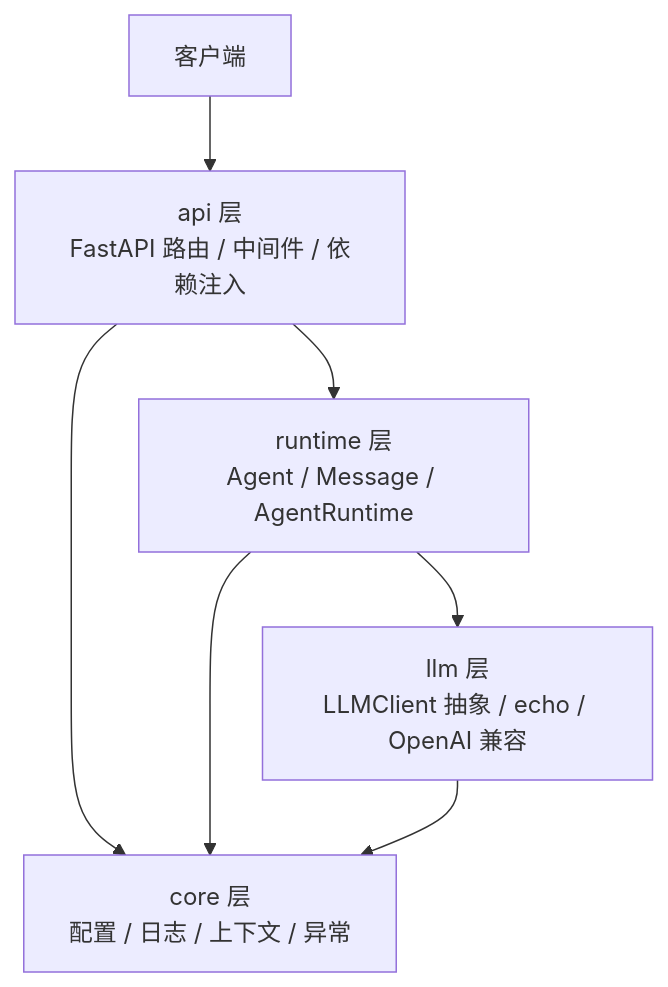
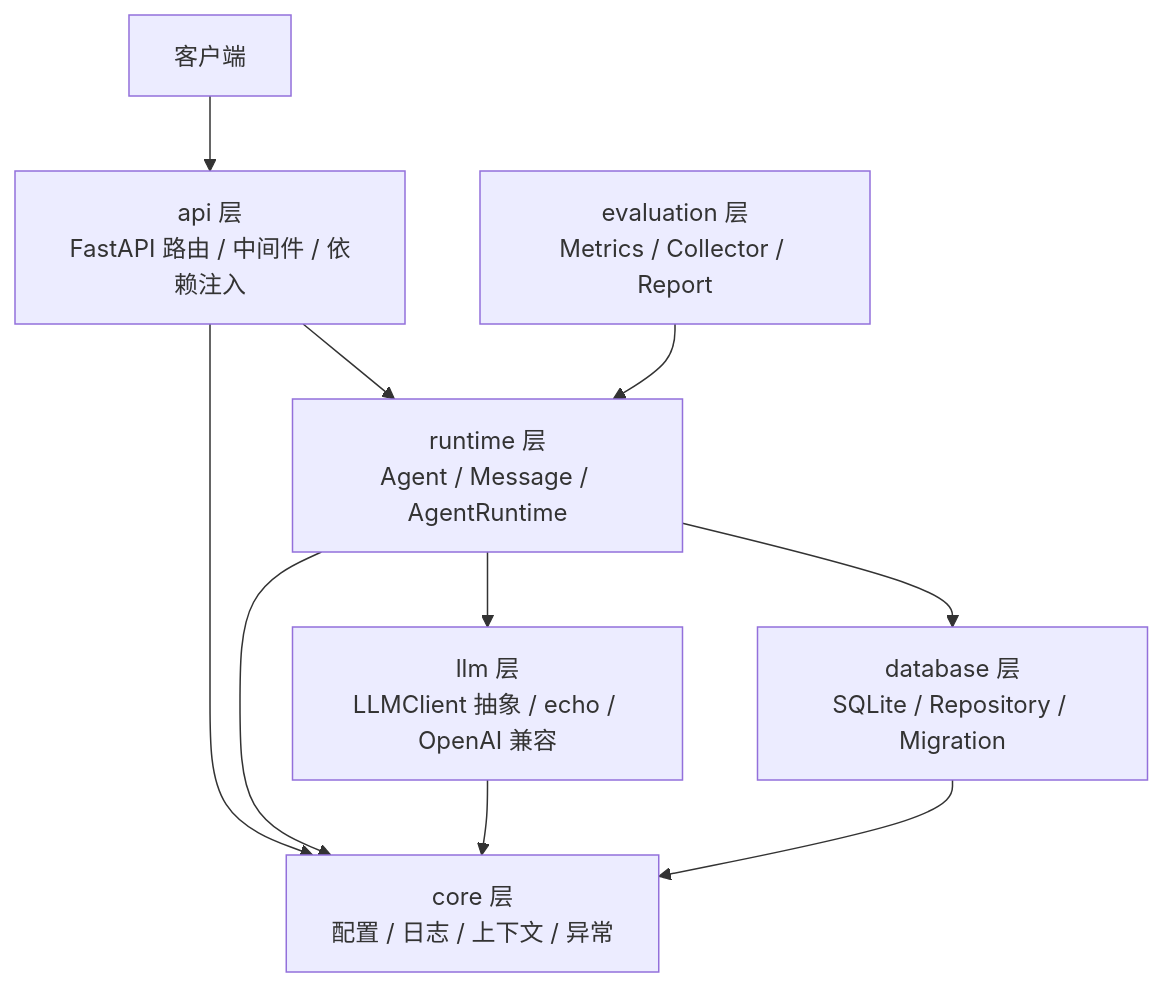
One commit to Tanglies/AgentOS changed the diagram in README.md. Above: the diagram before and after it, drawn with Mermaid. The commit also changed other lines of this file and 28 other files, not shown here.

Commit message:
refactor: align database and evaluation packages

````diff
--- a/README.md
+++ b/README.md
@@ -33,9 +33,12 @@
 ```mermaid
 graph TD
     Client[客户端] --> API[api 层<br/>FastAPI 路由 / 中间件 / 依赖注入]
     API --> Runtime[runtime 层<br/>Agent / Message / AgentRuntime]
     Runtime --> LLM[llm 层<br/>LLMClient 抽象 / echo / OpenAI 兼容]
+    Runtime --> Database[database 层<br/>SQLite / Repository / Migration]
+    Evaluation[evaluation 层<br/>Metrics / Collector / Report] --> Runtime
     API --> Core[core 层<br/>配置 / 日志 / 上下文 / 异常]
     Runtime --> Core
     LLM --> Core
+    Database --> Core
 ```
````
